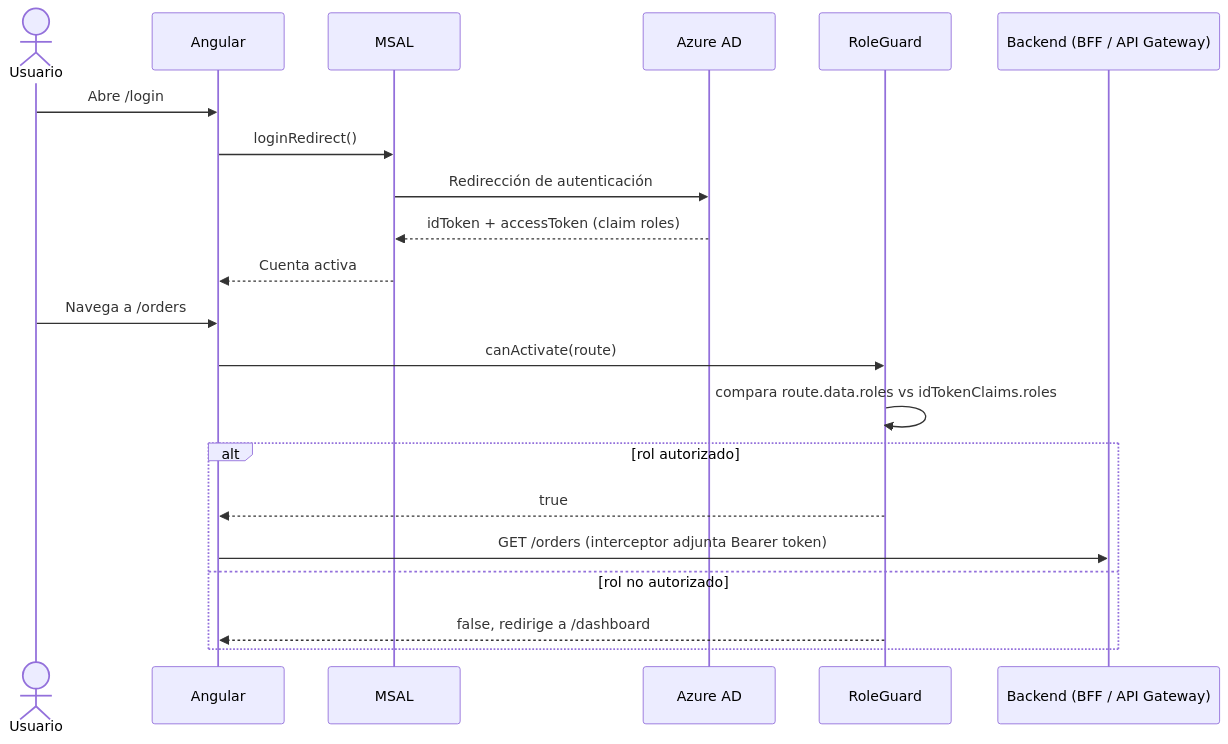
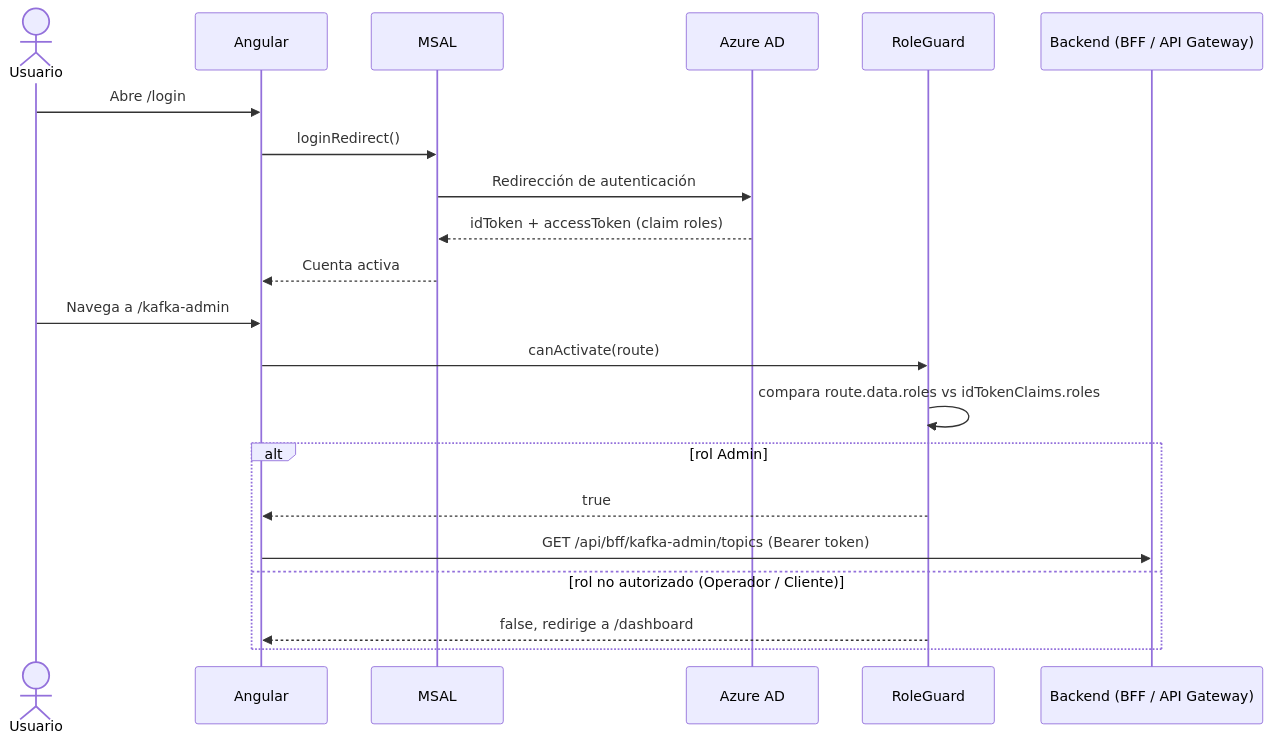
The first of 3 diagrams in README.md (meninaaa/pedidos360-frontend), drawn with Mermaid before and after one commit. The commit also changed other lines of this file, not shown here.

````diff
--- a/README.md
+++ b/README.md
@@ -22,25 +22,25 @@
 ```mermaid
 sequenceDiagram
     actor Usuario
     participant App as Angular
     participant MSAL
     participant AZ as Azure AD
     participant Guard as RoleGuard
     participant API as Backend (BFF / API Gateway)
 
     Usuario->>App: Abre /login
     App->>MSAL: loginRedirect()
     MSAL->>AZ: Redirección de autenticación
     AZ-->>MSAL: idToken + accessToken (claim roles)
     MSAL-->>App: Cuenta activa
 
-    Usuario->>App: Navega a /orders
+    Usuario->>App: Navega a /kafka-admin
     App->>Guard: canActivate(route)
     Guard->>Guard: compara route.data.roles vs idTokenClaims.roles
-    alt rol autorizado
+    alt rol Admin
         Guard-->>App: true
-        App->>API: GET /orders (interceptor adjunta Bearer token)
-    else rol no autorizado
+        App->>API: GET /api/bff/kafka-admin/topics (Bearer token)
+    else rol no autorizado (Operador / Cliente)
         Guard-->>App: false, redirige a /dashboard
     end
 ```
````
